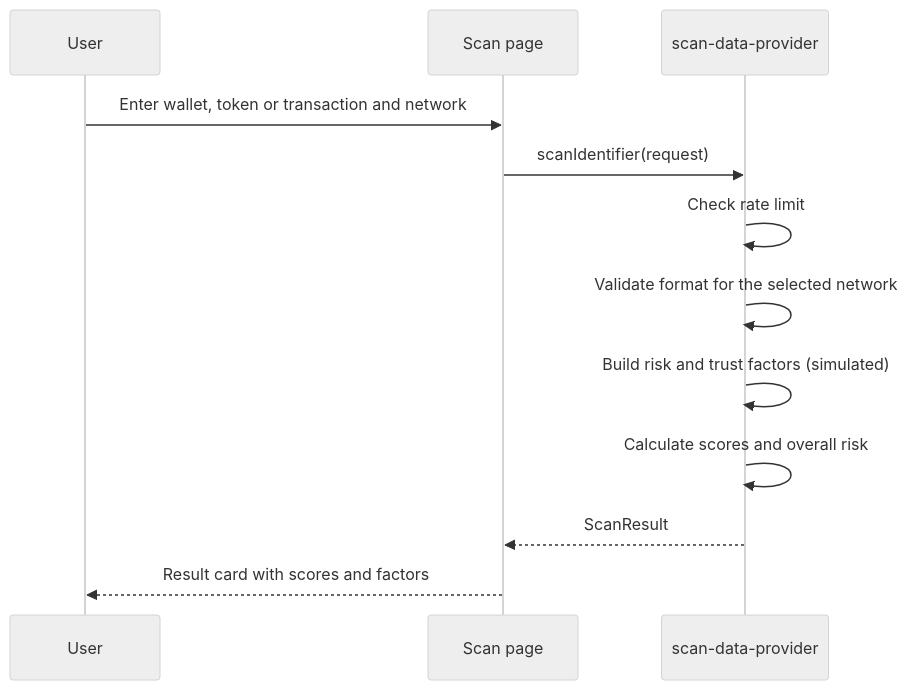
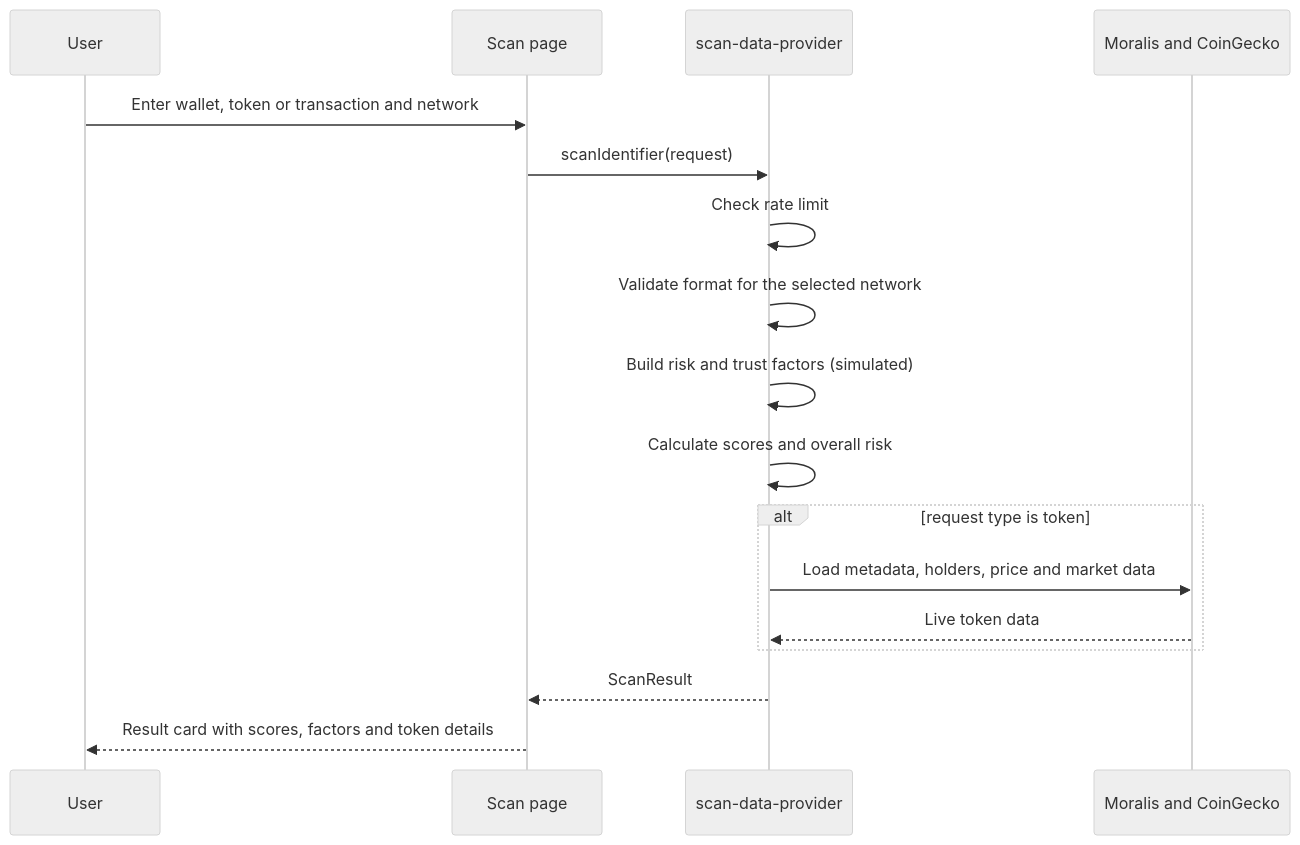
One commit to Godblessmylife/Token-EYE changed the second of 2 diagrams in README.md. Above: the diagram before and after it, drawn with Mermaid (neutral theme). The commit also changed other lines of this file, not shown here.

First line of the commit message:
Revise README for token data and API updates

````diff
--- a/README.md
+++ b/README.md
@@ -36,14 +43,19 @@
 ```mermaid
 sequenceDiagram
     participant U as User
     participant UI as Scan page
     participant P as scan-data-provider
+    participant X as Moralis and CoinGecko
     U->>UI: Enter wallet, token or transaction and network
     UI->>P: scanIdentifier(request)
     P->>P: Check rate limit
     P->>P: Validate format for the selected network
     P->>P: Build risk and trust factors (simulated)
     P->>P: Calculate scores and overall risk
+    alt request type is token
+        P->>X: Load metadata, holders, price and market data
+        X-->>P: Live token data
+    end
     P-->>UI: ScanResult
-    UI-->>U: Result card with scores and factors
+    UI-->>U: Result card with scores, factors and token details
 ```
````
